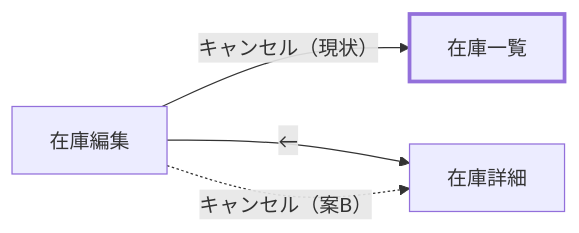
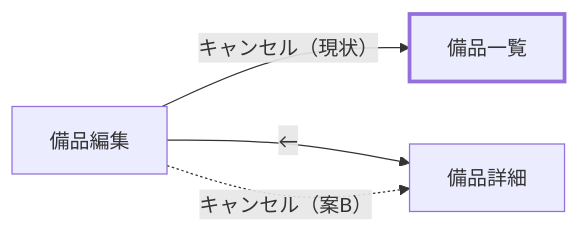
The third of 3 diagrams in skills/visual-explain/references/examples.md (fukata/skills), drawn with Mermaid before and after one commit. The commit also changed other lines of this file and 8 other files, not shown here.

````diff
--- a/skills/visual-explain/references/examples.md
+++ b/skills/visual-explain/references/examples.md
@@ -104,7 +104,7 @@
 ```mermaid
 flowchart LR
-    E["在庫編集"] -->|"キャンセル（現状）"| L["在庫一覧"]
-    E -->|"←"| D["在庫詳細"]
+    E["備品編集"] -->|"キャンセル（現状）"| L["備品一覧"]
+    E -->|"←"| D["備品詳細"]
     E -.->|"キャンセル（案B）"| D
     style L stroke-width:3px
 ```
````
